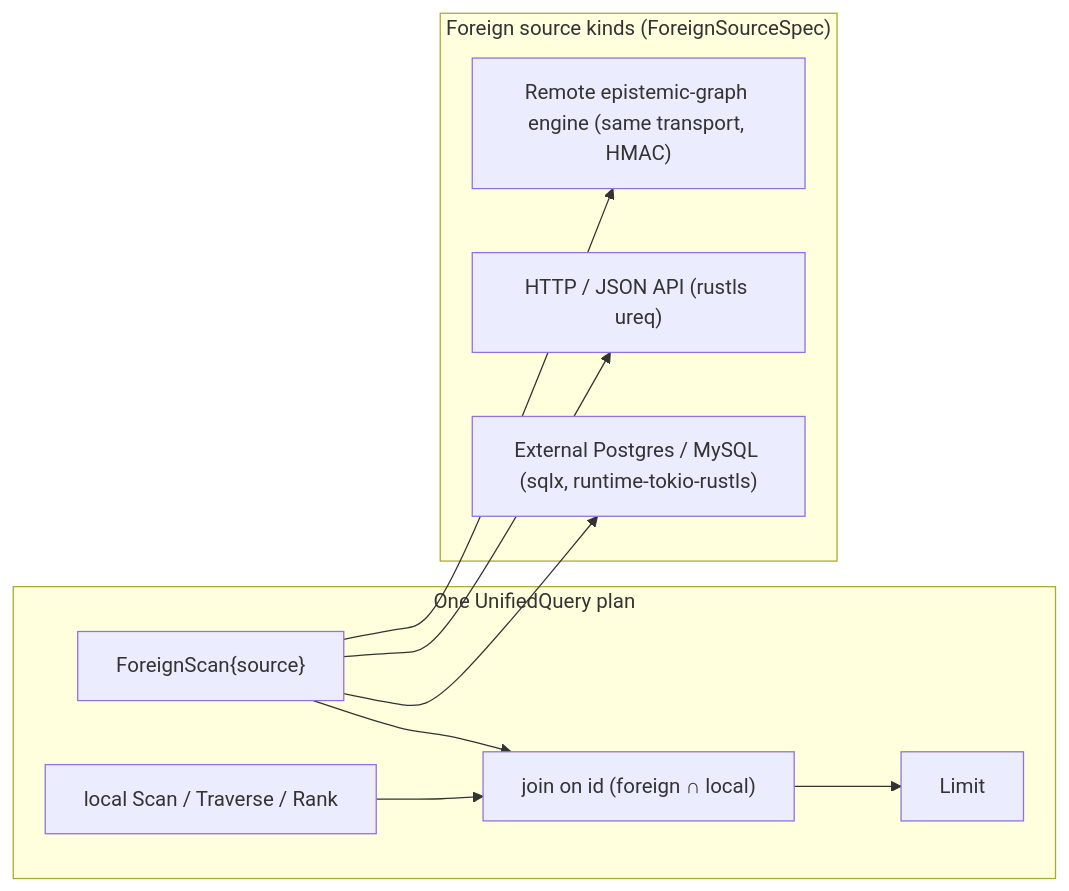
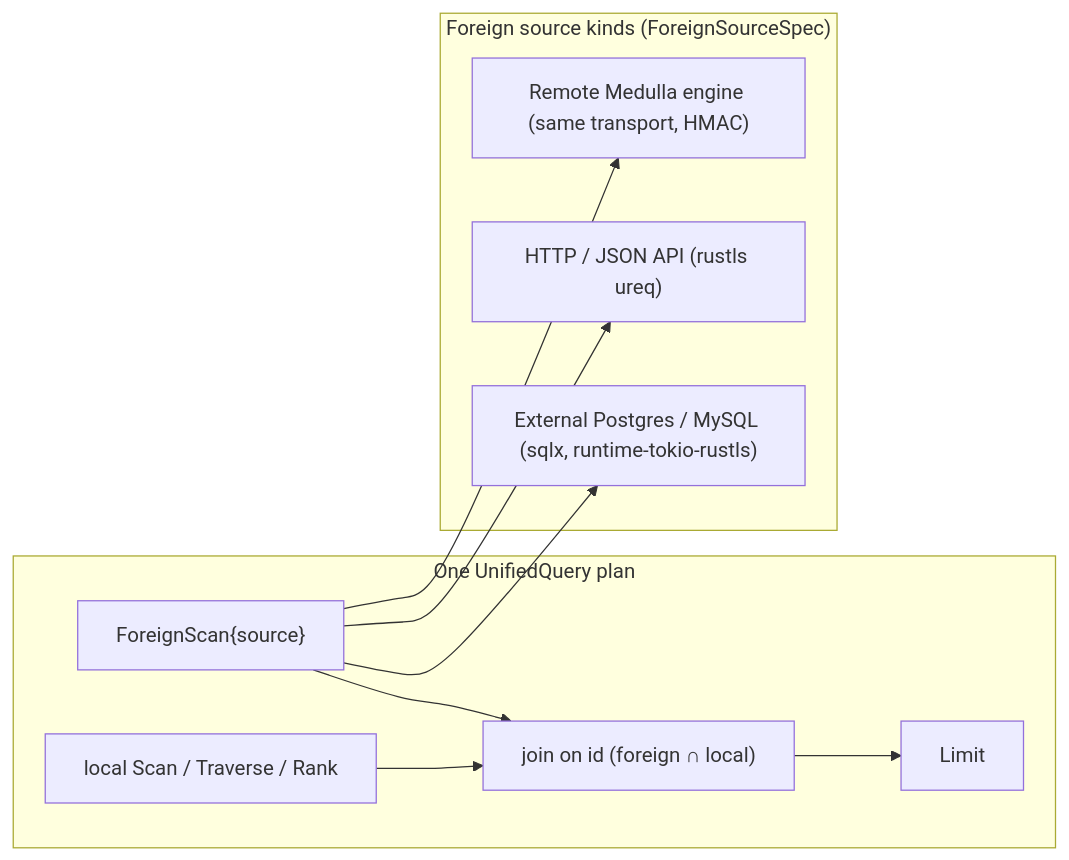
The seventh of 9 diagrams in docs/architecture/engine.md (Knuckles-Team/epistemic-graph), drawn with Mermaid before and after one commit. The commit also changed other lines of this file and 59 other files, not shown here.

````diff
--- a/docs/architecture/engine.md
+++ b/docs/architecture/engine.md
@@ -333,20 +333,20 @@
 ```mermaid
 flowchart LR
     subgraph Plan["One UnifiedQuery plan"]
         FS["ForeignScan{source}"]
         JOIN["join on id (foreign ∩ local)"]
         LOCAL["local Scan / Traverse / Rank"]
         LIM["Limit"]
     end
     subgraph Foreign["Foreign source kinds (ForeignSourceSpec)"]
-        REMOTE["Remote epistemic-graph engine (same transport, HMAC)"]
+        REMOTE["Remote Medulla engine (same transport, HMAC)"]
         HTTP["HTTP / JSON API (rustls ureq)"]
         SQLSRC["External Postgres / MySQL (sqlx, runtime-tokio-rustls)"]
     end
 
     FS --> REMOTE
     FS --> HTTP
     FS --> SQLSRC
     FS --> JOIN
     LOCAL --> JOIN --> LIM
 ```
````
